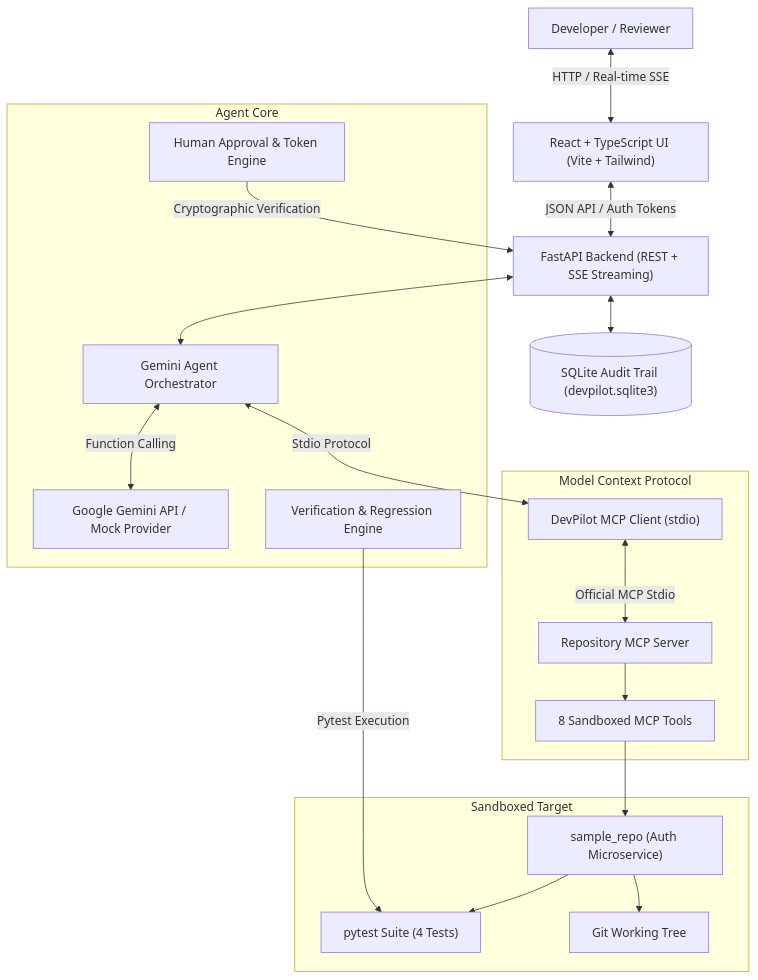
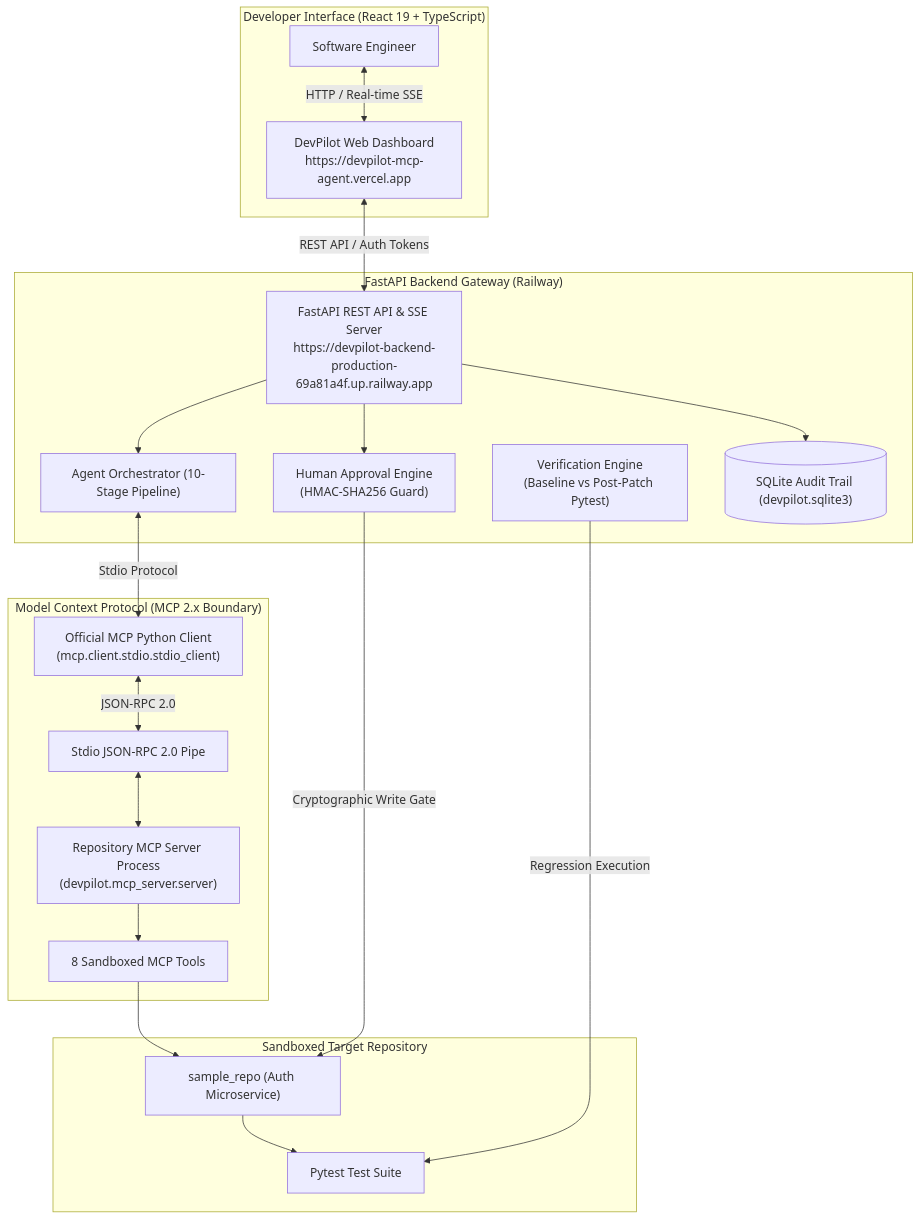
The diagram in README.md (AdvythVaman05/devpilot-mcp-agent), drawn with Mermaid before and after one commit. The commit also changed other lines of this file and 11 other files, not shown here.

Commit message:
docs: complete technical documentation suite, architecture specs, and portfolio case study

````diff
--- a/README.md
+++ b/README.md
@@ -50,42 +47,43 @@
 ```mermaid
 flowchart TD
-    User["Developer / Reviewer"]
-    Frontend["React + TypeScript UI (Vite + Tailwind)"]
-    FastAPI["FastAPI Backend (REST + SSE Streaming)"]
-    SQLite[("SQLite Audit Trail (devpilot.sqlite3)")]
-
-    subgraph Agent Core
-        Orchestrator["Gemini Agent Orchestrator"]
-        LLM["Google Gemini API / Mock Provider"]
-        ApprovalEngine["Human Approval & Token Engine"]
-        VerifEngine["Verification & Regression Engine"]
+    subgraph UI["Developer Interface (React 19 + TypeScript)"]
+        User["Software Engineer"]
+        Dashboard["DevPilot Web Dashboard\nhttps://devpilot-mcp-agent.vercel.app"]
     end
 
-    subgraph Model Context Protocol
-        MCPClient["DevPilot MCP Client (stdio)"]
-        MCPServer["Repository MCP Server"]
+    subgraph Backend["FastAPI Backend Gateway (Railway)"]
+        API["FastAPI REST API & SSE Server\nhttps://devpilot-backend-production-69a81a4f.up.railway.app"]
+        Orch["Agent Orchestrator (10-Stage Pipeline)"]
+        ApprovalEngine["Human Approval Engine\n(HMAC-SHA256 Guard)"]
+        VerifEngine["Verification Engine\n(Baseline vs Post-Patch Pytest)"]
+        SQLite[("SQLite Audit Trail (devpilot.sqlite3)")]
+    end
+
+    subgraph MCP["Model Context Protocol (MCP 2.x Boundary)"]
+        MCPClient["Official MCP Python Client\n(mcp.client.stdio.stdio_client)"]
+        StdioPipe["Stdio JSON-RPC 2.0 Pipe"]
+        MCPServer["Repository MCP Server Process\n(devpilot.mcp_server.server)"]
         Tools["8 Sandboxed MCP Tools"]
     end
 
-    subgraph Sandboxed Target
-        RepoRoot["sample_repo (Auth Microservice)"]
-        Tests["pytest Suite (4 Tests)"]
-        GitTree["Git Working Tree"]
+    subgraph Target["Sandboxed Target Repository"]
+        Repo["sample_repo (Auth Microservice)"]
+        Pytest["Pytest Test Suite"]
     end
 
-    User <-->|HTTP / Real-time SSE| Frontend
-    Frontend <-->|JSON API / Auth Tokens| FastAPI
-    FastAPI <--> Orchestrator
-    FastAPI <--> SQLite
+    User <-->|HTTP / Real-time SSE| Dashboard
+    Dashboard <-->|REST API / Auth Tokens| API
+    API --> Orch
+    API --> ApprovalEngine
+    API --> SQLite
 
-    Orchestrator <-->|Function Calling| LLM
-    Orchestrator <-->|Stdio Protocol| MCPClient
-    MCPClient <-->|Official MCP Stdio| MCPServer
+    Orch <-->|Stdio Protocol| MCPClient
+    MCPClient <-->|JSON-RPC 2.0| StdioPipe
+    StdioPipe <--> MCPServer
     MCPServer --> Tools
-    Tools --> RepoRoot
-    RepoRoot --> Tests
-    RepoRoot --> GitTree
+    Tools --> Repo
+    Repo --> Pytest
 
-    ApprovalEngine -->|Cryptographic Verification| FastAPI
-    VerifEngine -->|Pytest Execution| Tests
+    ApprovalEngine -->|Cryptographic Write Gate| Repo
+    VerifEngine -->|Regression Execution| Pytest
 ```
````
